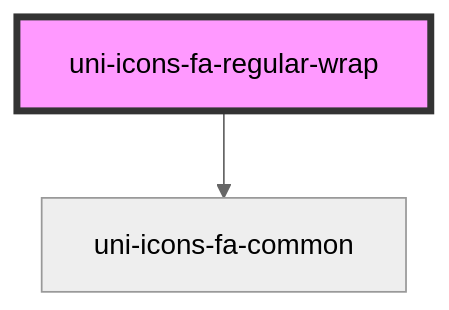
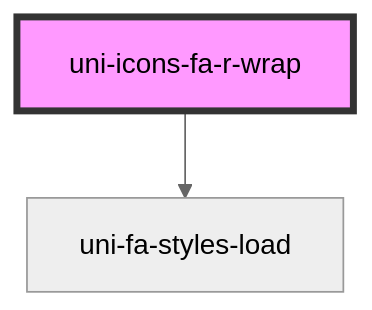
Before and after one commit to uiwebkit/icons: the diagram in src/components/icons-fa/regular/@wrap/readme.md, drawn with Mermaid (neutral theme). The commit also changed other lines of this file and 25 other files, not shown here.

Commit message:
add: icon fa - github, npm, chart-line

````diff
--- a/src/components/icons-fa/regular/@wrap/readme.md
+++ b/src/components/icons-fa/regular/@wrap/readme.md
@@ -26,5 +31,5 @@
 ```mermaid
 graph TD;
-  uni-icons-fa-regular-wrap --> uni-icons-fa-common
-  style uni-icons-fa-regular-wrap fill:#f9f,stroke:#333,stroke-width:4px
+  uni-icons-fa-r-wrap --> uni-fa-styles-load
+  style uni-icons-fa-r-wrap fill:#f9f,stroke:#333,stroke-width:4px
 ```
````
